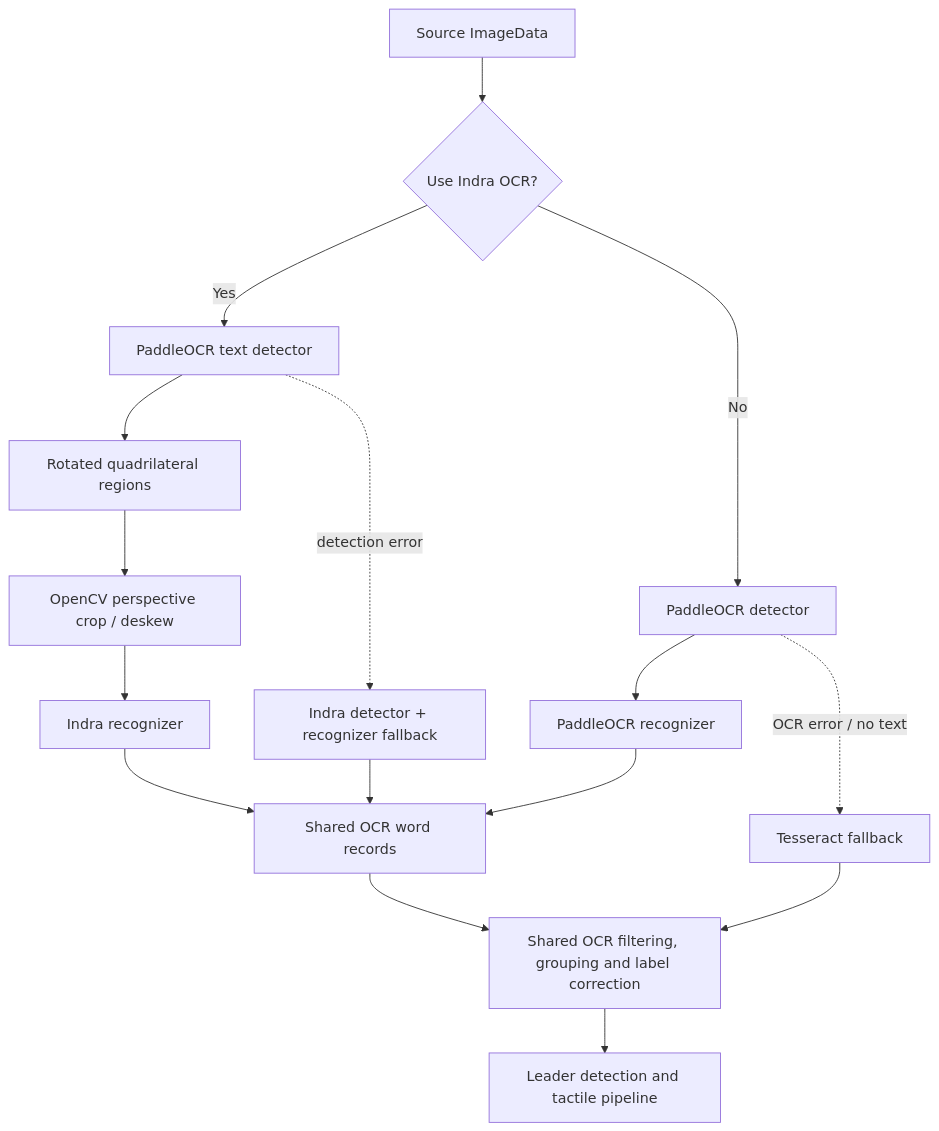
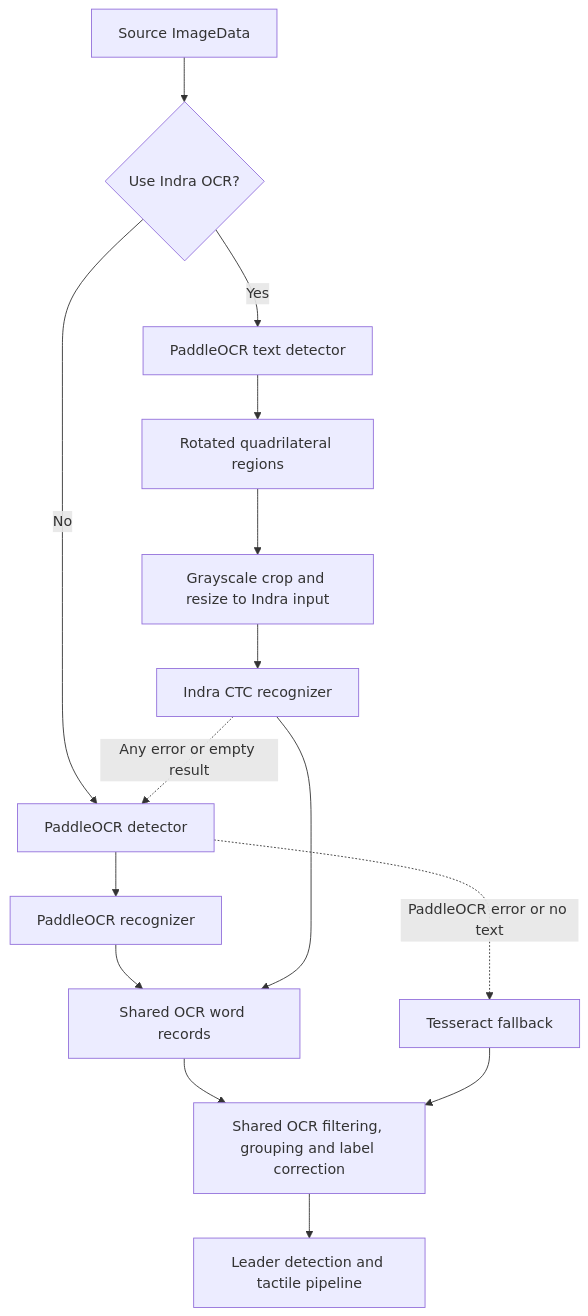
One commit to mrhunsaker/TactiDiagram changed the first of 2 diagrams in docs/ocr-engines.md. Above: the diagram before and after it, drawn with Mermaid. The commit also changed other lines of this file and 6 other files, not shown here.

First line of the commit message:
Docs/fix mermaid syntax (#41)

````diff
--- a/docs/ocr-engines.md
+++ b/docs/ocr-engines.md
@@ -71,18 +71,17 @@
 ```mermaid
 flowchart TD
   A["Source ImageData"] --> B{"Use Indra OCR?"}
   B -->|No| P["PaddleOCR detector"]
   P --> PR["PaddleOCR recognizer"]
   B -->|Yes| D["PaddleOCR text detector"]
   D --> Q["Rotated quadrilateral regions"]
-  Q --> W["OpenCV perspective crop / deskew"]
-  W --> I["Indra recognizer"]
-  D -. "detection error" .-> ID["Indra detector + recognizer fallback"]
-  I --> R["Shared OCR word records"]
-  ID --> R
-  PR --> R
+  Q --> W["Grayscale crop and resize to Indra input"]
+  W --> I["Indra CTC recognizer"]
+  I -.->|Any error or empty result| P
+  PR --> R["Shared OCR word records"]
+  I --> R
   R --> S["Shared OCR filtering, grouping and label correction"]
-  P -. "OCR error / no text" .-> T["Tesseract fallback"]
+  P -.->|PaddleOCR error or no text| T["Tesseract fallback"]
   S --> L["Leader detection and tactile pipeline"]
   T --> S
 ```
````
